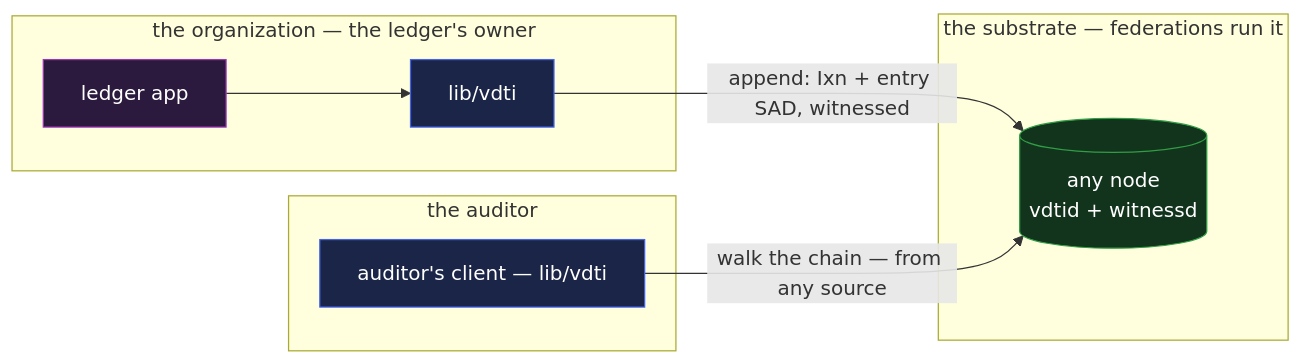
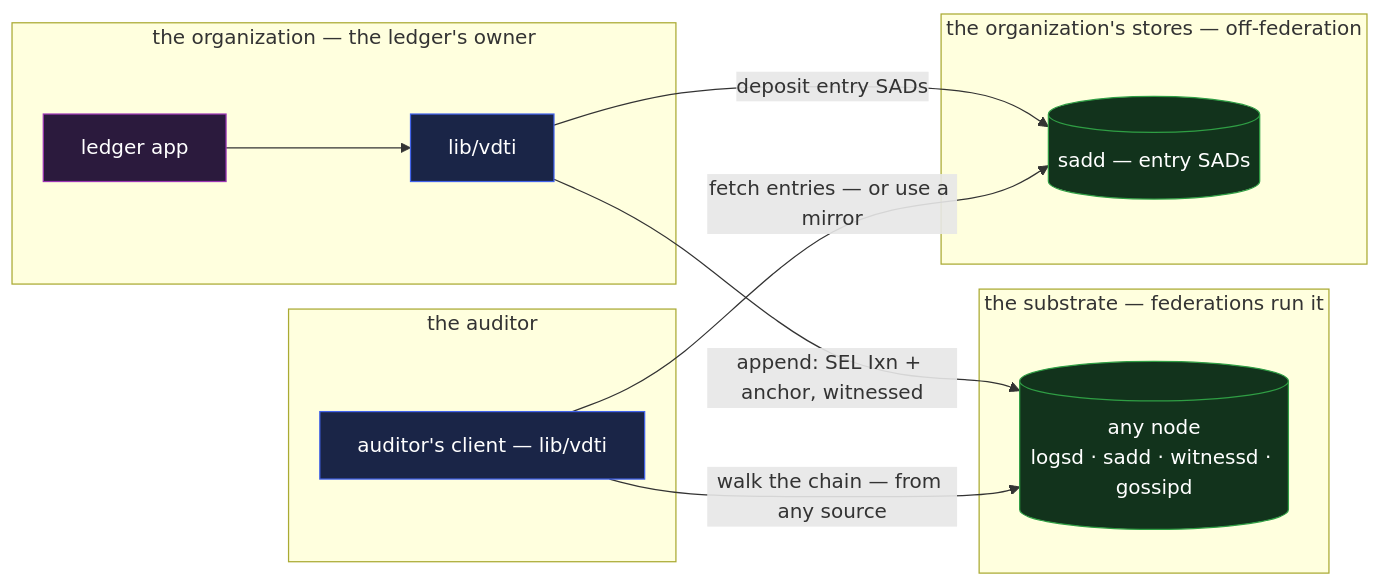
The diagram in docs/design/example-applications/ledger.md (jasoncolburne/vdti), drawn with Mermaid before and after one commit. The commit also changed other lines of this file and 79 other files, not shown here.

````diff
--- a/docs/design/example-applications/ledger.md
+++ b/docs/design/example-applications/ledger.md
@@ -11,19 +11,24 @@
 ```mermaid
 flowchart LR
   subgraph org["the organization — the ledger's owner"]
     app["ledger app"]:::app
     lib["lib/vdti"]:::lib
   end
   subgraph aud["the auditor"]
     alib["auditor's client — lib/vdti"]:::lib
   end
   subgraph sub["the substrate — federations run it"]
-    node[("any node<br/>vdtid + witnessd")]:::svc
+    node[("any node<br/>logsd · sadd · witnessd · gossipd")]:::svc
+  end
+  subgraph store["the organization's stores — off-federation"]
+    est[("sadd — entry SADs")]:::svc
   end
   app --> lib
-  lib -->|"append: Ixn + entry SAD, witnessed"| node
+  lib -->|"append: SEL Ixn + anchor, witnessed"| node
+  lib -->|"deposit entry SADs"| est
   alib -->|"walk the chain — from any source"| node
+  alib -->|"fetch entries — or use a mirror"| est
   classDef app fill:#2b1a3d,stroke:#9c36b5,color:#fff
   classDef lib fill:#1a2547,stroke:#4263eb,color:#fff
   classDef svc fill:#12331c,stroke:#2f9e44,color:#fff
 ```
````
